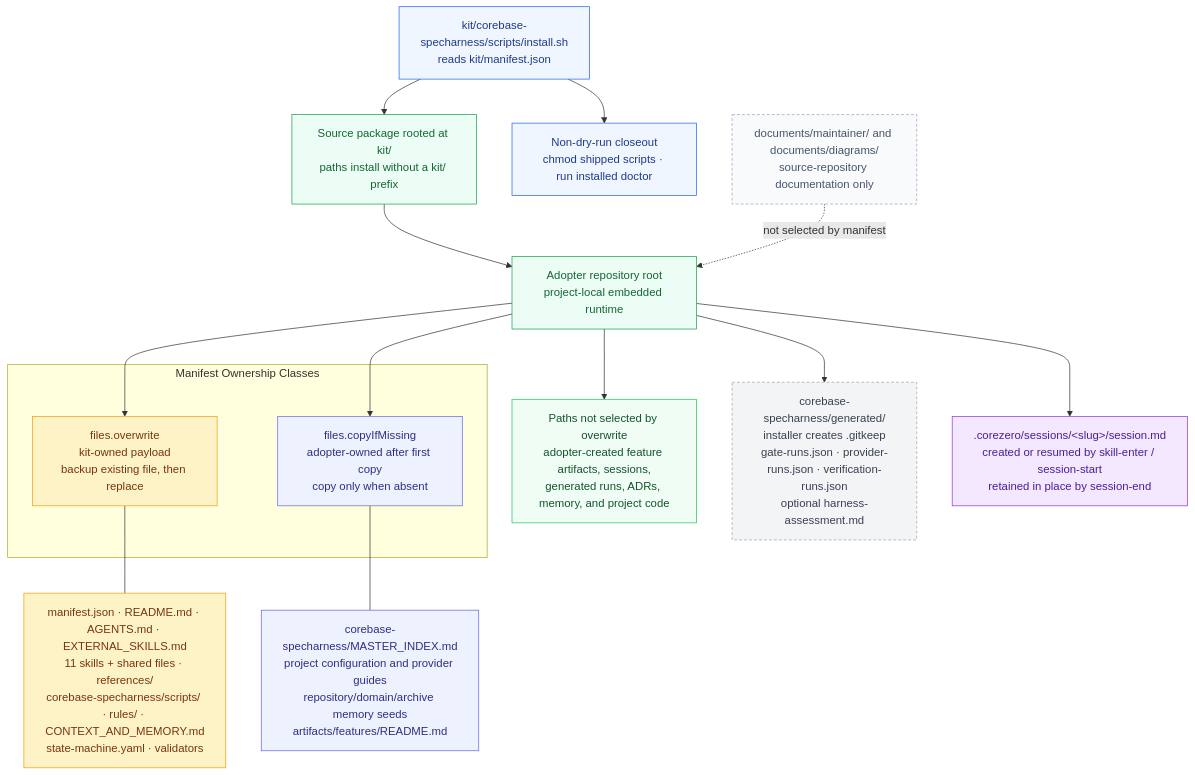
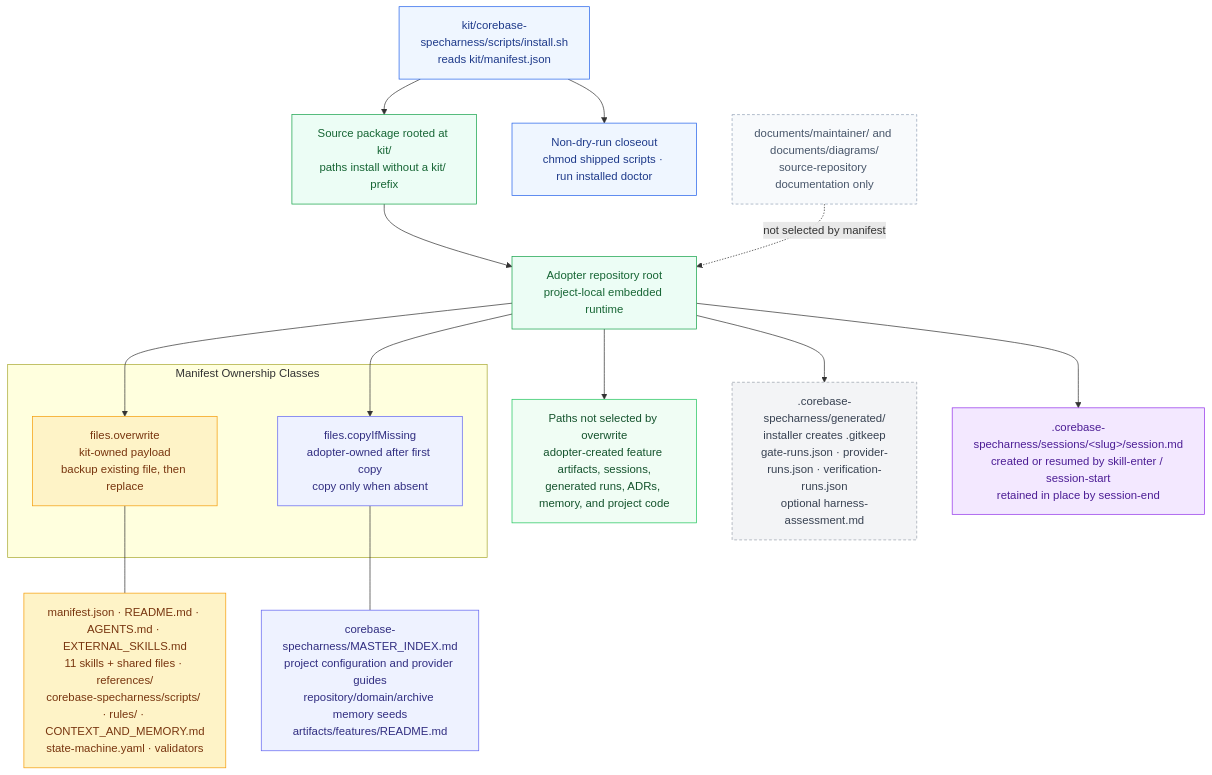
Before and after one commit to thaihai-swe/corebase-specharness: the diagram in documents/diagrams/source/system-design/installed-boundary.mmd, drawn with Mermaid. The commit also changed 50 other files, not shown here.

First line of the commit message:
Refactor session directory structure from `.corezero` to `.corebase-specharness`

```diff
--- a/documents/diagrams/source/system-design/installed-boundary.mmd
+++ b/documents/diagrams/source/system-design/installed-boundary.mmd
@@ -1,48 +1,48 @@
 flowchart TB
     %% Installed Boundary — implementation authority: manifest.json + install.sh
 
     INSTALL["kit/corebase-specharness/scripts/install.sh<br/>reads kit/manifest.json"]:::installer --> PACKAGE["Source package rooted at kit/<br/>paths install without a kit/ prefix"]:::package
     PACKAGE --> TARGET["Adopter repository root<br/>project-local embedded runtime"]:::package
 
     subgraph OWNERSHIP["Manifest Ownership Classes"]
         OVERWRITE["files.overwrite<br/>kit-owned payload<br/>backup existing file, then replace"]:::overwrite
         SEED["files.copyIfMissing<br/>adopter-owned after first copy<br/>copy only when absent"]:::seed
     end
 
     TARGET --> OVERWRITE
     TARGET --> SEED
 
     OVERWRITE --- OW_DESC["manifest.json · README.md · AGENTS.md · EXTERNAL_SKILLS.md<br/>11 skills + shared files · references/<br/>corebase-specharness/scripts/ · rules/ · CONTEXT_AND_MEMORY.md<br/>state-machine.yaml · validators"]:::overwrite
     SEED --- SEED_DESC["corebase-specharness/MASTER_INDEX.md<br/>project configuration and provider guides<br/>repository/domain/archive memory seeds<br/>artifacts/features/README.md"]:::seed
 
     UNMANAGED["Paths not selected by overwrite<br/>adopter-created feature artifacts, sessions,<br/>generated runs, ADRs, memory, and project code"]:::preserve
     TARGET --> UNMANAGED
 
-    GENERATED["corebase-specharness/generated/<br/>installer creates .gitkeep<br/>gate-runs.json · provider-runs.json · verification-runs.json<br/>optional harness-assessment.md"]:::generated
-    SESSION[".corezero/sessions/&lt;slug&gt;/session.md<br/>created or resumed by skill-enter / session-start<br/>retained in place by session-end"]:::session
+    GENERATED[".corebase-specharness/generated/<br/>installer creates .gitkeep<br/>gate-runs.json · provider-runs.json · verification-runs.json<br/>optional harness-assessment.md"]:::generated
+    SESSION[".corebase-specharness/sessions/&lt;slug&gt;/session.md<br/>created or resumed by skill-enter / session-start<br/>retained in place by session-end"]:::session
     TARGET --> GENERATED
     TARGET --> SESSION
 
     VALIDATE["Non-dry-run closeout<br/>chmod shipped scripts · run installed doctor"]:::installer
     INSTALL --> VALIDATE
 
     DOC["documents/maintainer/ and documents/diagrams/<br/>source-repository documentation only"]:::external
     DOC -.->|not selected by manifest| TARGET
 
     classDef installer fill:#eff6ff,stroke:#2563eb,color:#1e3a8a
     classDef package fill:#ecfdf5,stroke:#16a34a,color:#166534
     classDef overwrite fill:#fef3c7,stroke:#f59e0b,color:#78350f
     classDef seed fill:#eef2ff,stroke:#6366f1,color:#312e81
     classDef preserve fill:#f0fdf4,stroke:#22c55e,color:#14532d
     classDef generated fill:#f3f4f6,stroke:#9ca3af,stroke-dasharray:4 3,color:#374151
     classDef session fill:#f3e8ff,stroke:#9333ea,color:#4c1d95
     classDef external fill:#f8fafc,stroke:#94a3b8,color:#475569,stroke-dasharray:4 3
 
     class INSTALL,VALIDATE installer
     class PACKAGE,TARGET package
     class OVERWRITE,OW_DESC overwrite
     class SEED,SEED_DESC seed
     class UNMANAGED preserve
     class GENERATED generated
     class SESSION session
     class DOC external
```
